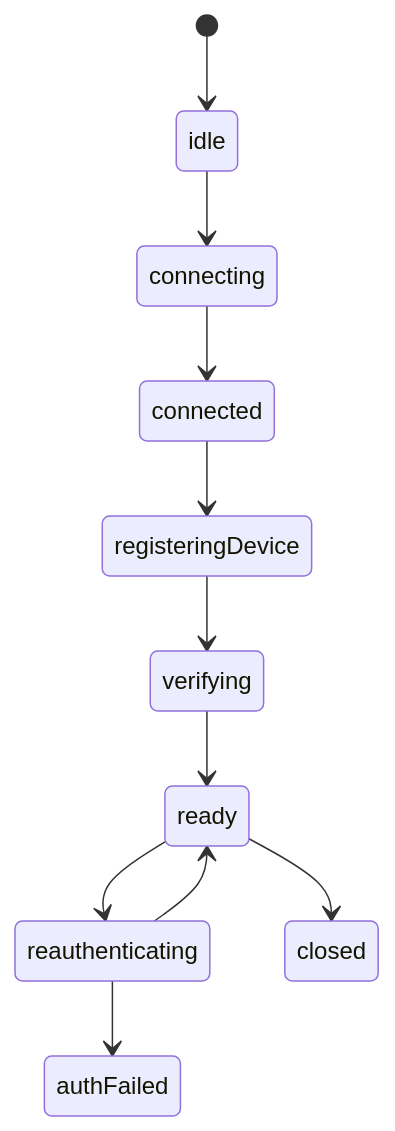
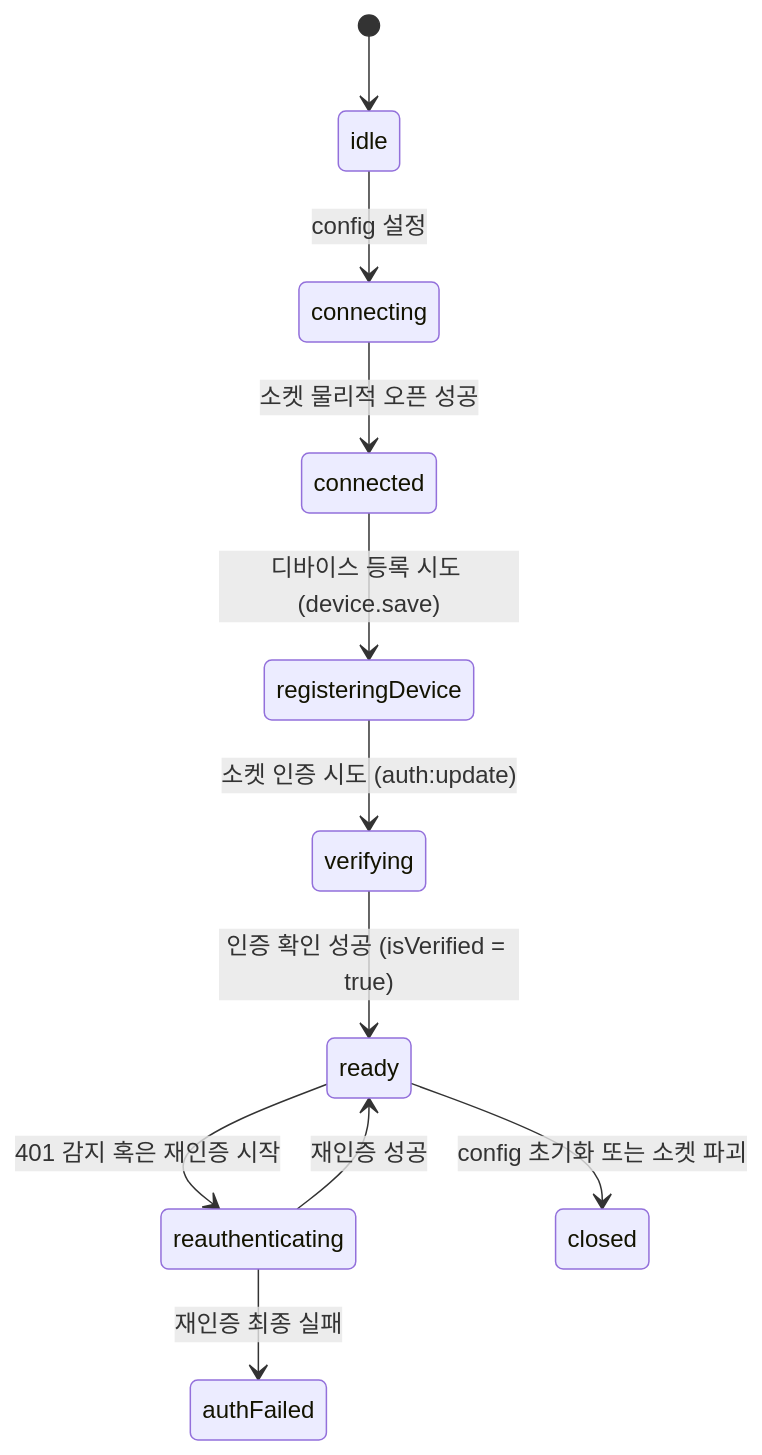
The second of 2 diagrams in libs/app-runtime/docs/socket/socket.md (lemoncloud-io/dou-app), drawn with Mermaid before and after one commit. The commit also changed other lines of this file and 5 other files, not shown here.

Commit message:
feat: refactor session and socket management for improved architecture

````diff
--- a/libs/app-runtime/docs/socket/socket.md
+++ b/libs/app-runtime/docs/socket/socket.md
@@ -86,13 +86,15 @@
 ```mermaid
 stateDiagram-v2
   [*] --> idle
-  idle --> connecting
-  connecting --> connected
-  connected --> registeringDevice
-  registeringDevice --> verifying
-  verifying --> ready
-  ready --> reauthenticating
-  reauthenticating --> ready
-  reauthenticating --> authFailed
-  ready --> closed
+  idle --> connecting : config 설정
+  connecting --> connected : 소켓 물리적 오픈 성공
+  connected --> registeringDevice : 디바이스 등록 시도 (device.save)
+  registeringDevice --> verifying : 소켓 인증 시도 (auth:update)
+  verifying --> ready : 인증 확인 성공 (isVerified = true)
+
+  ready --> reauthenticating : 401 감지 혹은 재인증 시작
+  reauthenticating --> ready : 재인증 성공
+  reauthenticating --> authFailed : 재인증 최종 실패
+
+  ready --> closed : config 초기화 또는 소켓 파괴
 ```
````
